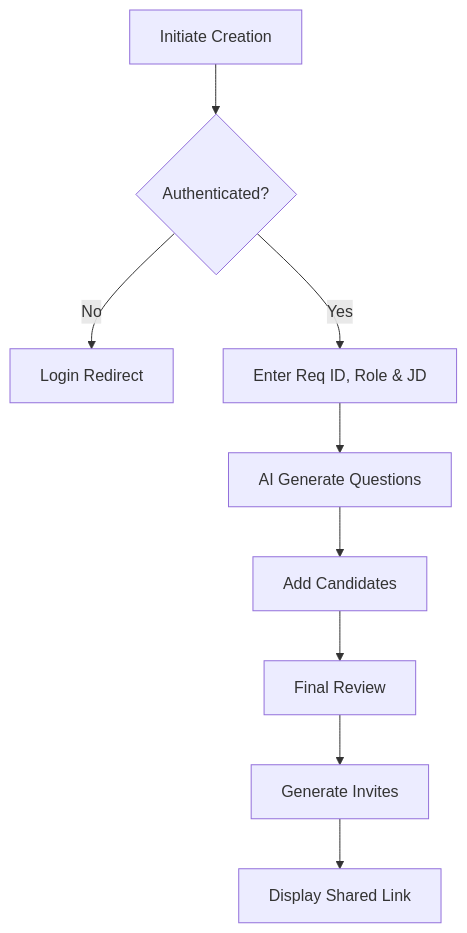
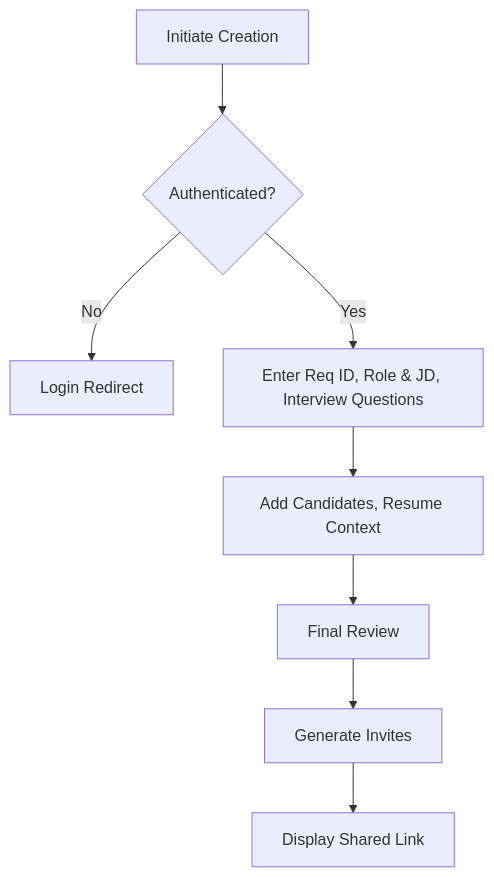
One commit to fusbox/Interview-Coach changed the diagram in docs/02-requirements/use-cases/v2/UC-R1-Recruiter-Configures-an-Interview-Session.md. Above: the diagram before and after it, drawn with Mermaid. The commit also changed other lines of this file and 9 other files, not shown here.

````diff
--- a/docs/02-requirements/use-cases/v2/UC-R1-Recruiter-Configures-an-Interview-Session.md
+++ b/docs/02-requirements/use-cases/v2/UC-R1-Recruiter-Configures-an-Interview-Session.md
@@ -36,11 +36,10 @@
 ```mermaid
 graph TD
     Start[Initiate Creation] --> Auth{Authenticated?}
     Auth -- No --> Login[Login Redirect]
-    Auth -- Yes --> Input[Enter Req ID, Role & JD]
-    Input --> AIGen[AI Generate Questions]
-    AIGen --> Candidates[Add Candidates]
+    Auth -- Yes --> Input[Enter Req ID, Role & JD, Interview Questions]
+    Input --> Candidates[Add Candidates, Resume Context]
     Candidates --> Preview[Final Review]
     Preview --> Save[Generate Invites]
     Save --> Success[Display Shared Link]
 ```
````
